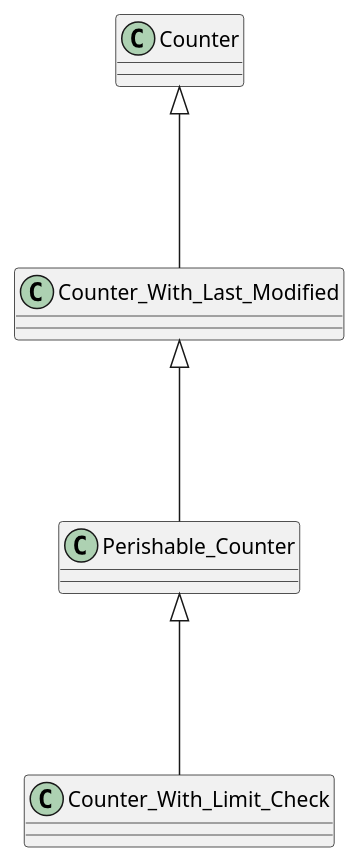
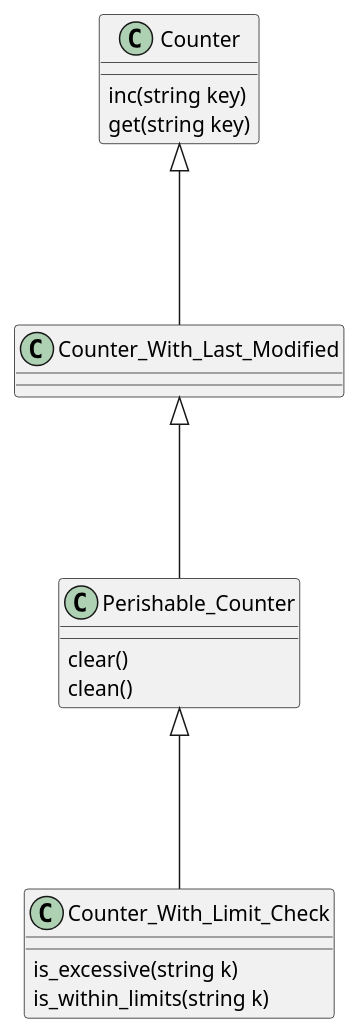
One commit to grenle/js-counters changed the diagram in README.org. Above: the diagram before and after it, drawn with PlantUML. The commit also changed 1 other file, not shown here.

Commit message:
Finish class diagram

```diff
--- a/README.org
+++ b/README.org
@@ -43,8 +43,17 @@
 #+begin_src plantuml :file readme-assets/class-diagram.png
 @startuml
 class Counter
 Counter <|--- Counter_With_Last_Modified
 Counter_With_Last_Modified <|--- Perishable_Counter
 Perishable_Counter <|--- Counter_With_Limit_Check
+
+Counter : inc(string key)
+Counter : get(string key)
+
+Perishable_Counter : clear()
+Perishable_Counter : clean()
+
+Counter_With_Limit_Check : is_excessive(string k)
+Counter_With_Limit_Check : is_within_limits(string k)
 @enduml
 #+end_src
```
